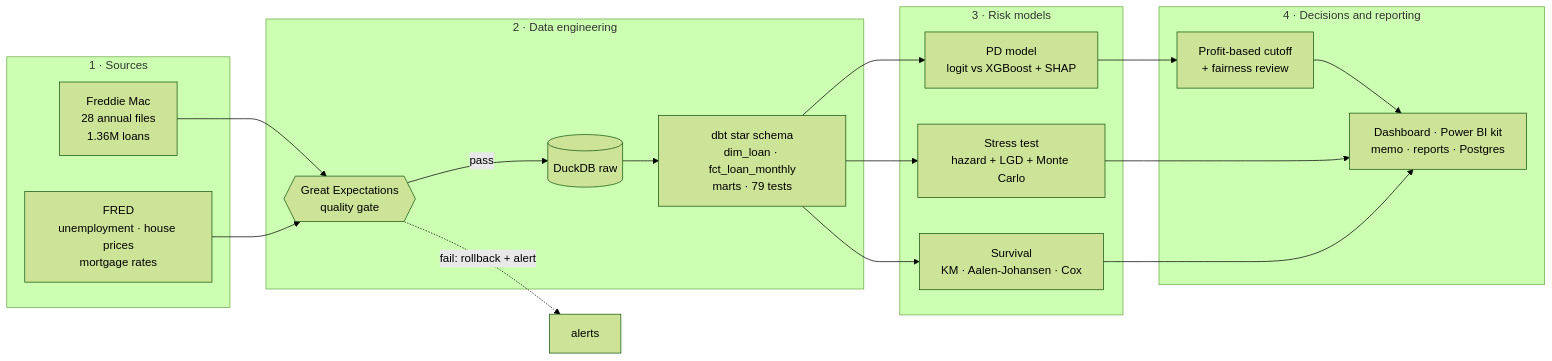
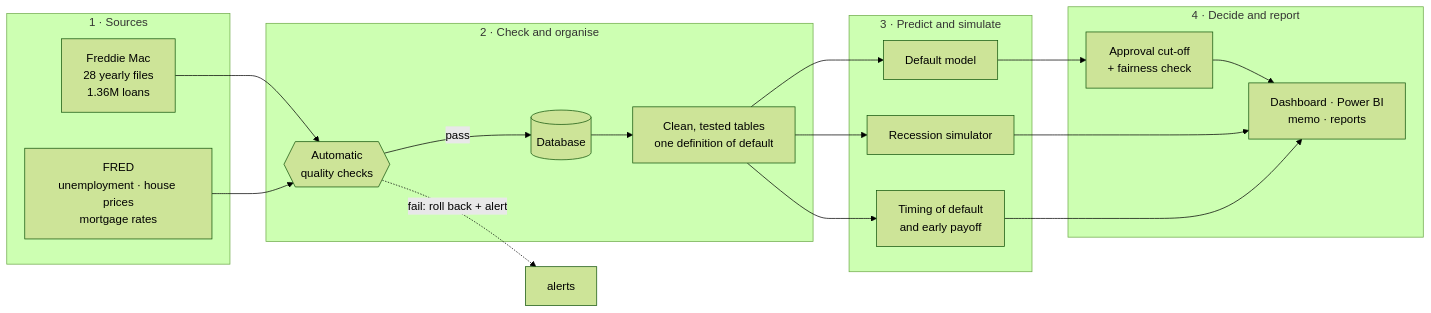
One commit to RajivPraveen/LoanLens changed the second of 2 diagrams in README.md. Above: the diagram before and after it, drawn with Mermaid (forest theme). The commit also changed other lines of this file and 9 other files, not shown here.

````diff
--- a/README.md
+++ b/README.md
@@ -212,29 +254,29 @@
 ```mermaid
 flowchart LR
   subgraph S["1 · Sources"]
-    FM["Freddie Mac<br/>28 annual files<br/>1.36M loans"]
+    FM["Freddie Mac<br/>28 yearly files<br/>1.36M loans"]
     FRED["FRED<br/>unemployment · house prices<br/>mortgage rates"]
   end
-  subgraph E["2 · Data engineering"]
-    GX{{"Great Expectations<br/>quality gate"}}
-    RAW[("DuckDB raw")]
-    DBT["dbt star schema<br/>dim_loan · fct_loan_monthly<br/>marts · 79 tests"]
+  subgraph E["2 · Check and organise"]
+    GX{{"Automatic<br/>quality checks"}}
+    RAW[("Database")]
+    DBT["Clean, tested tables<br/>one definition of default"]
   end
-  subgraph M["3 · Risk models"]
-    PD["PD model<br/>logit vs XGBoost + SHAP"]
-    SV["Survival<br/>KM · Aalen-Johansen · Cox"]
-    ST["Stress test<br/>hazard + LGD + Monte Carlo"]
+  subgraph M["3 · Predict and simulate"]
+    PD["Default model"]
+    SV["Timing of default<br/>and early payoff"]
+    ST["Recession simulator"]
   end
-  subgraph D["4 · Decisions and reporting"]
-    CUT["Profit-based cutoff<br/>+ fairness review"]
-    OUT["Dashboard · Power BI kit<br/>memo · reports · Postgres"]
+  subgraph D["4 · Decide and report"]
+    CUT["Approval cut-off<br/>+ fairness check"]
+    OUT["Dashboard · Power BI<br/>memo · reports"]
   end
   FM --> GX
   FRED --> GX
   GX -->|pass| RAW --> DBT
-  GX -.->|fail: rollback + alert| X["alerts"]
+  GX -.->|fail: roll back + alert| X["alerts"]
   DBT --> PD & SV & ST
   PD --> CUT --> OUT
   ST --> OUT
   SV --> OUT
 ```
````
